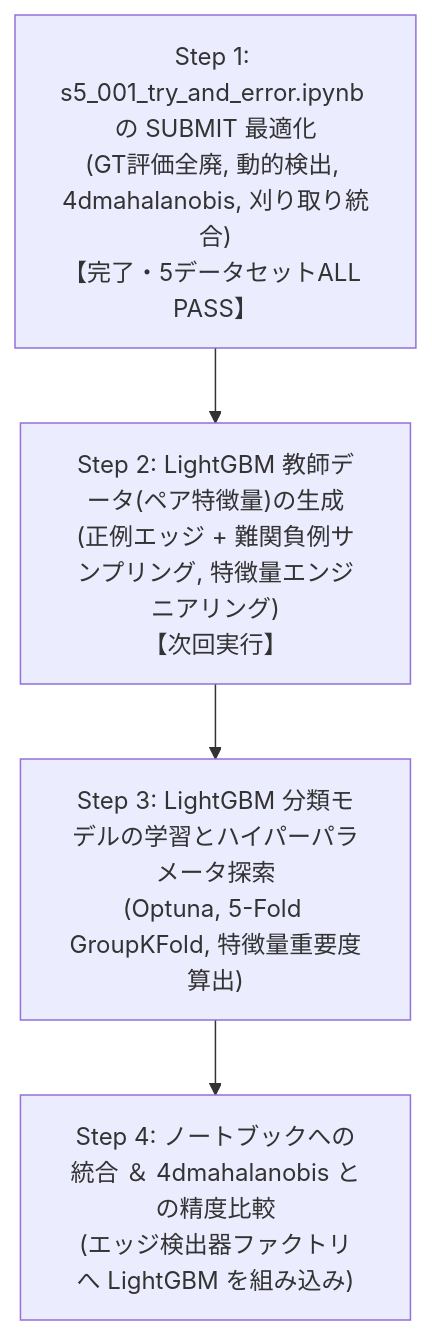
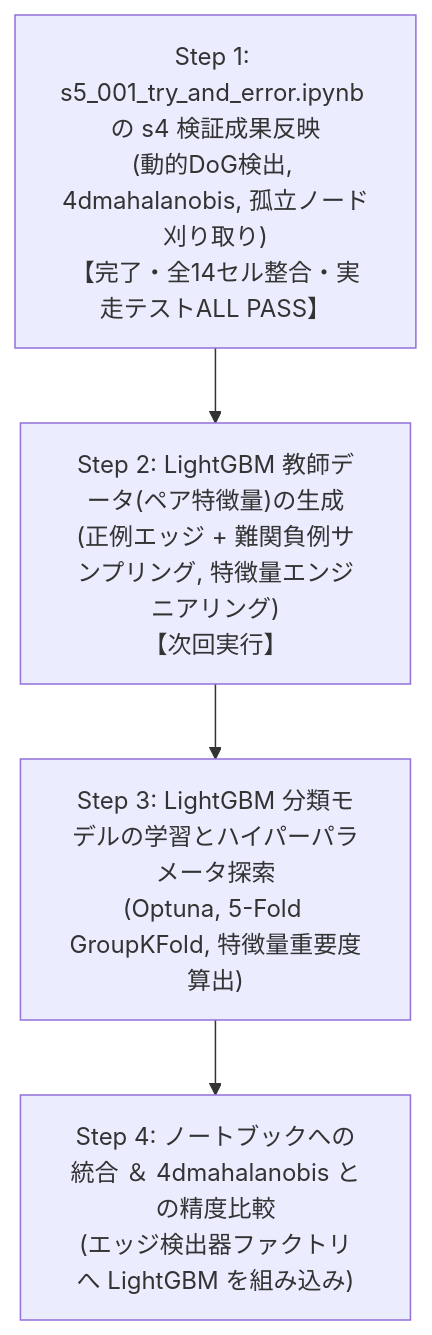
One commit to kito2718/kaggle_Biohub-Cell_Tracking_During_Development changed the diagram in s5_summary/s5_001_summary.md. Above: the diagram before and after it, drawn with Mermaid. The commit also changed other lines of this file and 3 other files, not shown here.

Commit message:
s4_001 動的DoG検出、s4_002 特徴量重み1.0＆孤立ノード刈り取り、s4_003 4D特徴量アブレーションを実装

````diff
--- a/s5_summary/s5_001_summary.md
+++ b/s5_summary/s5_001_summary.md
@@ -59,11 +70,11 @@
 ```mermaid
 graph TD
-    Step1["Step 1: s5_001_try_and_error.ipynb の SUBMIT 最適化<br/>(GT評価全廃, 動的検出, 4dmahalanobis, 刈り取り統合)<br/>【完了・5データセットALL PASS】"]
+    Step1["Step 1: s5_001_try_and_error.ipynb の s4 検証成果反映<br/>(動的DoG検出, 4dmahalanobis, 孤立ノード刈り取り)<br/>【完了・全14セル整合・実走テストALL PASS】"]
     Step2["Step 2: LightGBM 教師データ(ペア特徴量)の生成<br/>(正例エッジ + 難関負例サンプリング, 特徴量エンジニアリング)<br/>【次回実行】"]
     Step3["Step 3: LightGBM 分類モデルの学習とハイパーパラメータ探索<br/>(Optuna, 5-Fold GroupKFold, 特徴量重要度算出)"]
     Step4["Step 4: ノートブックへの統合 ＆ 4dmahalanobis との精度比較<br/>(エッジ検出器ファクトリへ LightGBM を組み込み)"]
 
     Step1 --> Step2
     Step2 --> Step3
     Step3 --> Step4
 ```
````
